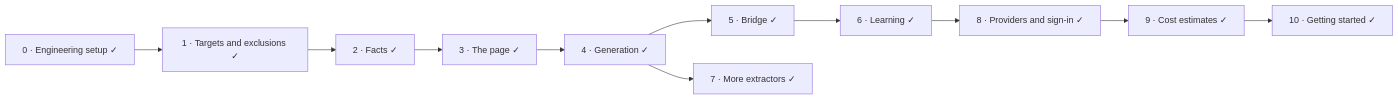
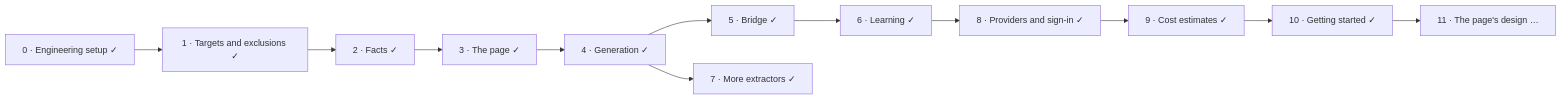
Before and after one commit to mohamed-abdelsattar92/codetrail: the fifth of 5 diagrams in README.md, drawn with Mermaid. The commit also changed other lines of this file and 8 other files, not shown here.

````diff
--- a/README.md
+++ b/README.md
@@ -224,13 +224,14 @@
 ```mermaid
 flowchart LR
     P0["0 · Engineering setup ✓"] --> P1["1 · Targets and exclusions ✓"]
     P1 --> P2["2 · Facts ✓"]
     P2 --> P3["3 · The page ✓"]
     P3 --> P4["4 · Generation ✓"]
     P4 --> P5["5 · Bridge ✓"]
     P5 --> P6["6 · Learning ✓"]
     P4 --> P7["7 · More extractors ✓"]
     P6 --> P8["8 · Providers and sign-in ✓"]
     P8 --> P9["9 · Cost estimates ✓"]
     P9 --> P10["10 · Getting started ✓"]
+    P10 --> P11["11 · The page's design …"]
 ```
````
